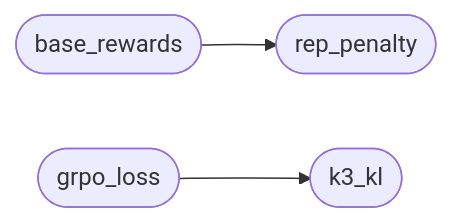
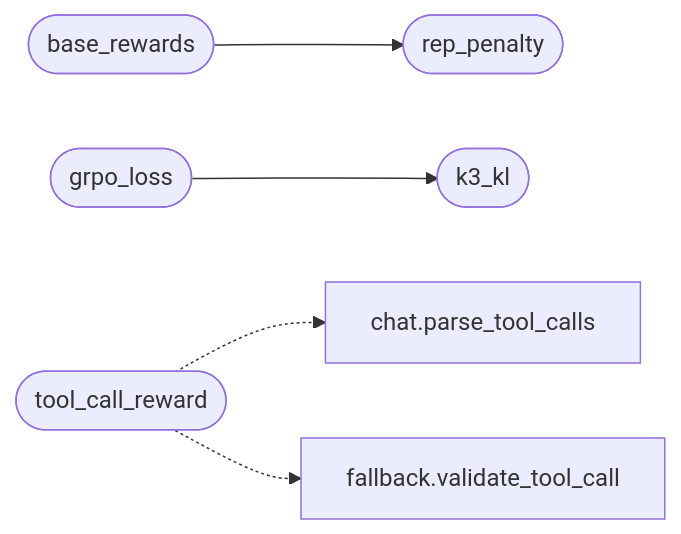
One commit to grisuno/TopoGPT3 changed the diagram in readmenator-apidocs/modules/topogpt3.rewards.py.md. Above: the diagram before and after it, drawn with Mermaid. The commit also changed other lines of this file and 185 other files, not shown here.

First line of the commit message:
feat: fallback serving: chat history, tools, best_of rerank, apt_chain

````diff
--- a/readmenator-apidocs/modules/topogpt3.rewards.py.md
+++ b/readmenator-apidocs/modules/topogpt3.rewards.py.md
@@ -20,9 +20,14 @@
 ```mermaid
 flowchart LR
     n_topogpt3_rewards_py__base_rewards(["base_rewards"])
     n_topogpt3_rewards_py__rep_penalty(["rep_penalty"])
     n_topogpt3_rewards_py__grpo_loss(["grpo_loss"])
     n_topogpt3_rewards_py__k3_kl(["k3_kl"])
+    n_topogpt3_rewards_py__tool_call_reward(["tool_call_reward"])
+    n_topogpt3_chat_py__parse_tool_calls["chat.parse_tool_calls"]
+    n_topogpt3_fallback_py__validate_tool_call["fallback.validate_tool_call"]
     n_topogpt3_rewards_py__base_rewards --> n_topogpt3_rewards_py__rep_penalty
     n_topogpt3_rewards_py__grpo_loss --> n_topogpt3_rewards_py__k3_kl
+    n_topogpt3_rewards_py__tool_call_reward -.-> n_topogpt3_chat_py__parse_tool_calls
+    n_topogpt3_rewards_py__tool_call_reward -.-> n_topogpt3_fallback_py__validate_tool_call
 ```
````
